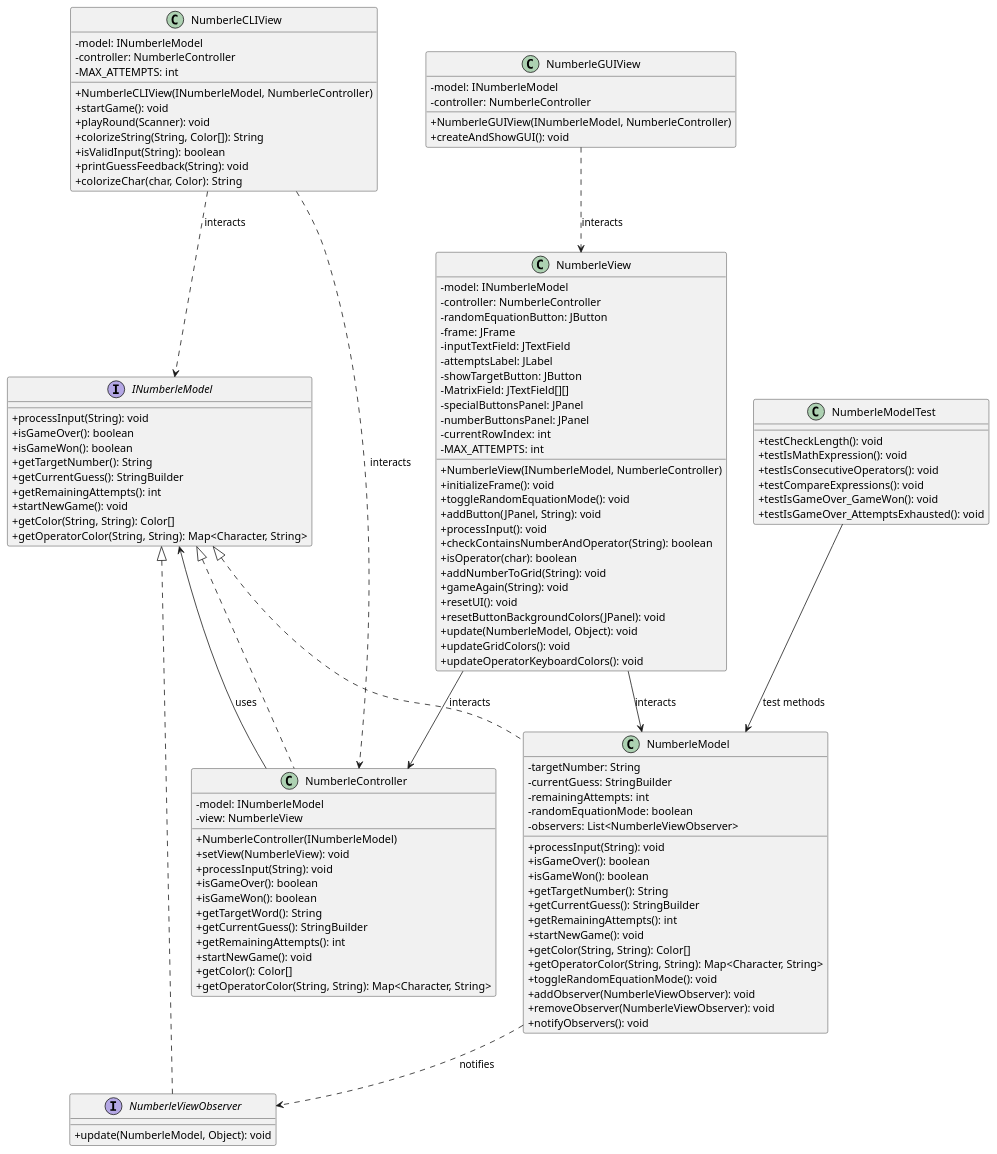
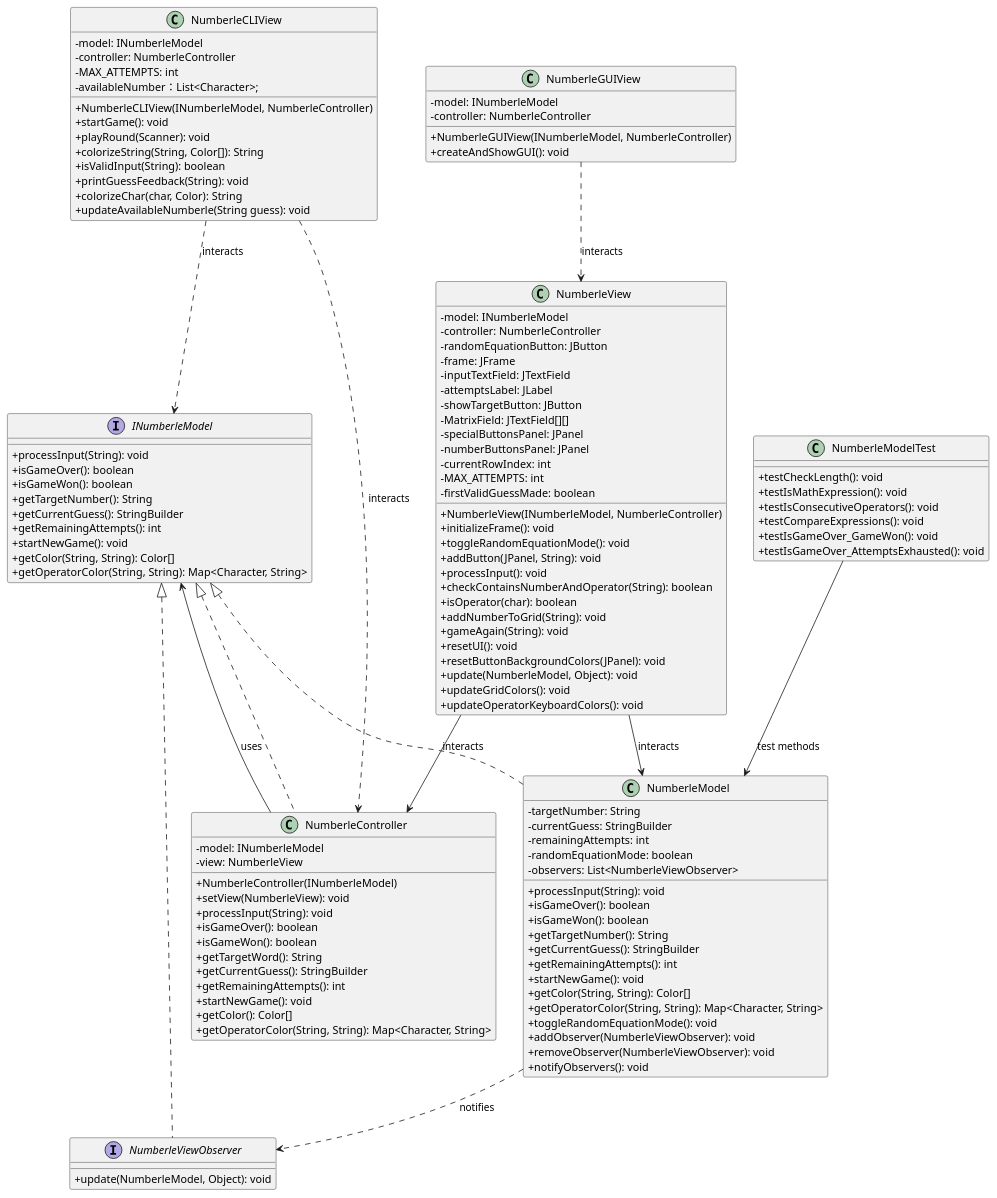
The diagram in n.puml (puchenyupeter/code-for-coursework), drawn with PlantUML before and after one commit.

```diff
--- a/n.puml
+++ b/n.puml
@@ -1,131 +1,134 @@
 @startuml
 'https://plantuml.com/class-diagram
 skinparam classAttributeIconSize 0
 
 
 
 interface INumberleModel {
     +processInput(String): void
     +isGameOver(): boolean
     +isGameWon(): boolean
     +getTargetNumber(): String
     +getCurrentGuess(): StringBuilder
     +getRemainingAttempts(): int
     +startNewGame(): void
     +getColor(String, String): Color[]
     +getOperatorColor(String, String): Map<Character, String>
 }
 
 interface NumberleViewObserver {
     +update(NumberleModel, Object): void
 }
 
 class NumberleModel {
     -targetNumber: String
     -currentGuess: StringBuilder
     -remainingAttempts: int
     -randomEquationMode: boolean
     -observers: List<NumberleViewObserver>
     +processInput(String): void
     +isGameOver(): boolean
     +isGameWon(): boolean
     +getTargetNumber(): String
     +getCurrentGuess(): StringBuilder
     +getRemainingAttempts(): int
     +startNewGame(): void
     +getColor(String, String): Color[]
     +getOperatorColor(String, String): Map<Character, String>
     +toggleRandomEquationMode(): void
     +addObserver(NumberleViewObserver): void
     +removeObserver(NumberleViewObserver): void
     +notifyObservers(): void
 }
 
 class NumberleController {
     -model: INumberleModel
     -view: NumberleView
     +NumberleController(INumberleModel)
     +setView(NumberleView): void
     +processInput(String): void
     +isGameOver(): boolean
     +isGameWon(): boolean
     +getTargetWord(): String
     +getCurrentGuess(): StringBuilder
     +getRemainingAttempts(): int
     +startNewGame(): void
     +getColor(): Color[]
     +getOperatorColor(String, String): Map<Character, String>
 }
 
 class NumberleView {
     -model: INumberleModel
     -controller: NumberleController
     -randomEquationButton: JButton
     -frame: JFrame
     -inputTextField: JTextField
     -attemptsLabel: JLabel
     -showTargetButton: JButton
     -MatrixField: JTextField[][]
     -specialButtonsPanel: JPanel
     -numberButtonsPanel: JPanel
     -currentRowIndex: int
     -MAX_ATTEMPTS: int
+    -firstValidGuessMade: boolean
     +NumberleView(INumberleModel, NumberleController)
     +initializeFrame(): void
     +toggleRandomEquationMode(): void
     +addButton(JPanel, String): void
     +processInput(): void
     +checkContainsNumberAndOperator(String): boolean
     +isOperator(char): boolean
     +addNumberToGrid(String): void
     +gameAgain(String): void
     +resetUI(): void
     +resetButtonBackgroundColors(JPanel): void
     +update(NumberleModel, Object): void
     +updateGridColors(): void
     +updateOperatorKeyboardColors(): void
 }
 
 INumberleModel <|.. NumberleModel
 INumberleModel <|.. NumberleController
 INumberleModel <|.. NumberleViewObserver
 NumberleModel ..> NumberleViewObserver: notifies
 NumberleController --> INumberleModel: uses
 NumberleView --> NumberleController: interacts
 NumberleView --> NumberleModel: interacts
 
 class NumberleModelTest {
     +testCheckLength(): void
     +testIsMathExpression(): void
     +testIsConsecutiveOperators(): void
     +testCompareExpressions(): void
     +testIsGameOver_GameWon(): void
     +testIsGameOver_AttemptsExhausted(): void
 }
 
 class NumberleCLIView {
     -model: INumberleModel
     -controller: NumberleController
     -MAX_ATTEMPTS: int
+    -availableNumber：List<Character>;
     +NumberleCLIView(INumberleModel, NumberleController)
     +startGame(): void
     +playRound(Scanner): void
     +colorizeString(String, Color[]): String
     +isValidInput(String): boolean
     +printGuessFeedback(String): void
     +colorizeChar(char, Color): String
+    +updateAvailableNumberle(String guess): void
 }
 
 class NumberleGUIView {
     -model: INumberleModel
     -controller: NumberleController
     +NumberleGUIView(INumberleModel, NumberleController)
     +createAndShowGUI(): void
 }
 
 NumberleCLIView ..> NumberleController: interacts
 NumberleCLIView ..> INumberleModel: interacts
 NumberleGUIView ..> NumberleView: interacts
 NumberleModelTest --> NumberleModel: test methods
 
 @enduml
```
